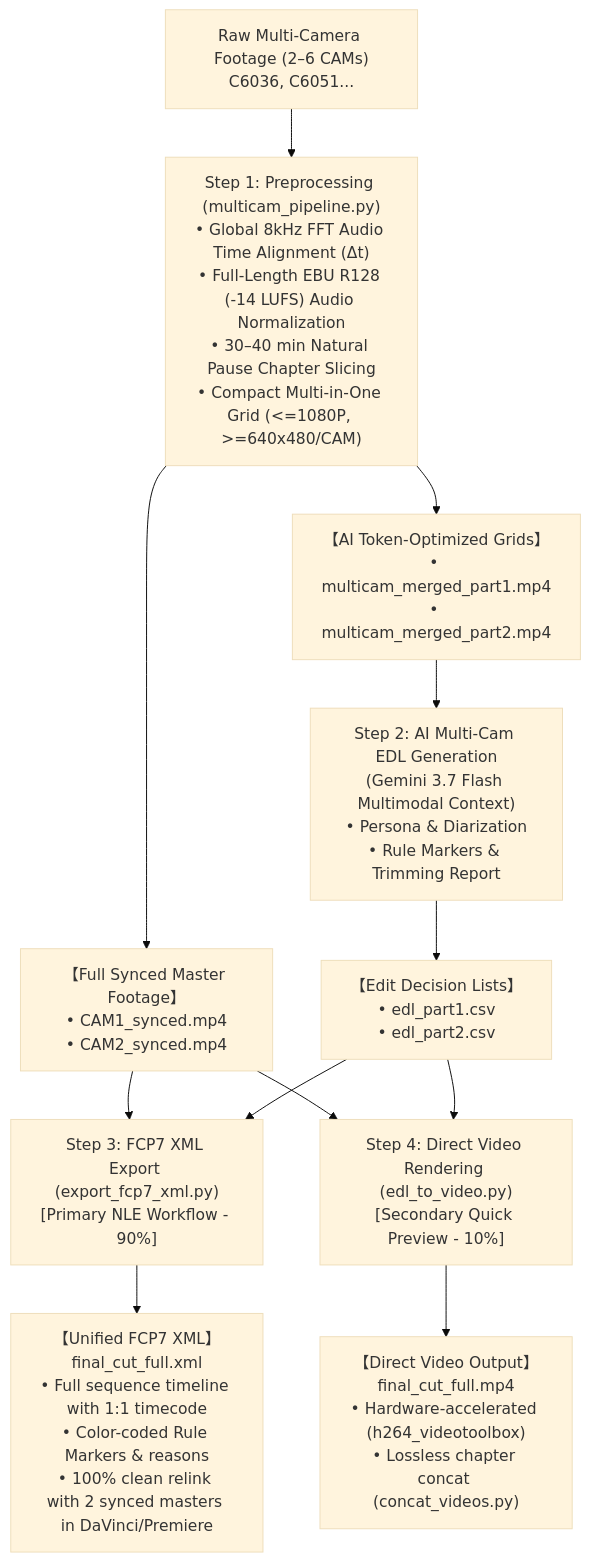
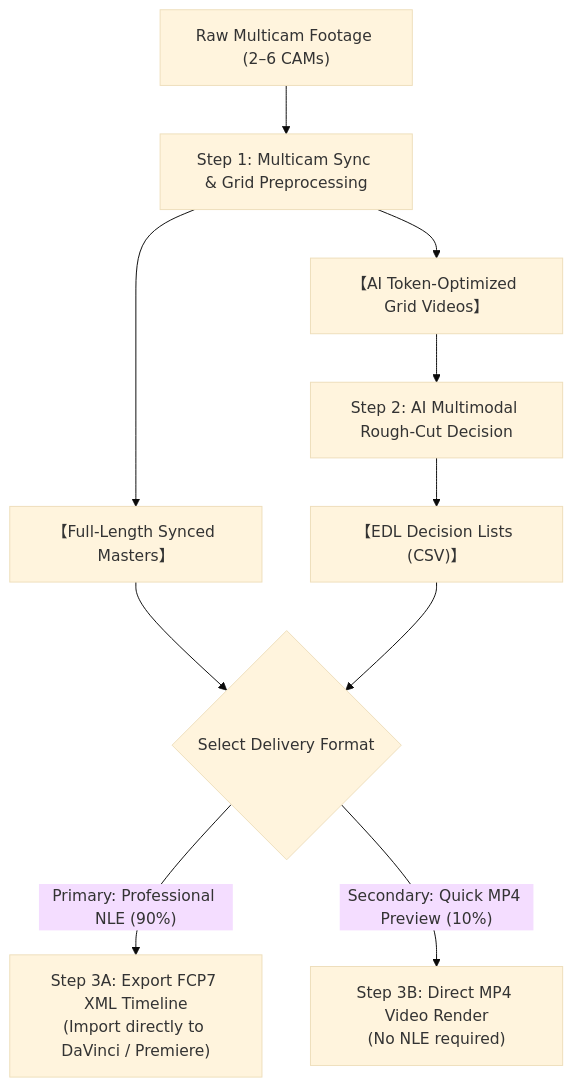
The diagram in README.md (sylphlin/multicam-video-preprocessing), drawn with Mermaid (base theme) before and after one commit. The commit also changed other lines of this file and 4 other files, not shown here.

Commit message:
docs: restructure READMEs with clean process flow, 2 prompt scenarios, and detailed step breakdowns

````diff
--- a/README.md
+++ b/README.md
@@ -46,19 +45,16 @@
 ```mermaid
 flowchart TD
-    A["Raw Multi-Camera Footage (2–6 CAMs)<br/>C6036, C6051..."] --> B["Step 1: Preprocessing (multicam_pipeline.py)<br/>• Global 8kHz FFT Audio Time Alignment (Δt)<br/>• Full-Length EBU R128 (-14 LUFS) Audio Normalization<br/>• 30–40 min Natural Pause Chapter Slicing<br/>• Compact Multi-in-One Grid (<=1080P, >=640x480/CAM)"]
+    A["Raw Multicam Footage (2–6 CAMs)"] --> B["Step 1: Multicam Sync & Grid Preprocessing"]
     
-    B --> C["【Full Synced Master Footage】<br/>• CAM1_synced.mp4<br/>• CAM2_synced.mp4"]
-    B --> D["【AI Token-Optimized Grids】<br/>• multicam_merged_part1.mp4<br/>• multicam_merged_part2.mp4"]
+    B --> C["【Full-Length Synced Masters】"]
+    B --> D["【AI Token-Optimized Grid Videos】"]
     
-    D --> E["Step 2: AI Multi-Cam EDL Generation<br/>(Gemini 3.7 Flash Multimodal Context)<br/>• Persona & Diarization<br/>• Rule Markers & Trimming Report"]
+    D --> E["Step 2: AI Multimodal Rough-Cut Decision"]
+    E --> F["【EDL Decision Lists (CSV)】"]
     
-    E --> F["【Edit Decision Lists】<br/>• edl_part1.csv<br/>• edl_part2.csv"]
+    C --> G{"Select Delivery Format"}
+    F --> G
     
-    C --> G["Step 3: FCP7 XML Export (export_fcp7_xml.py)<br/>[Primary NLE Workflow - 90%]"]
-    F --> G
-    G --> H["【Unified FCP7 XML】final_cut_full.xml<br/>• Full sequence timeline with 1:1 timecode<br/>• Color-coded Rule Markers & reasons<br/>• 100% clean relink with 2 synced masters in DaVinci/Premiere"]
-    
-    C --> I["Step 4: Direct Video Rendering (edl_to_video.py)<br/>[Secondary Quick Preview - 10%]"]
-    F --> I
-    I --> J["【Direct Video Output】final_cut_full.mp4<br/>• Hardware-accelerated (h264_videotoolbox)<br/>• Lossless chapter concat (concat_videos.py)"]
+    G -->|"Primary: Professional NLE (90%)"| H["Step 3A: Export FCP7 XML Timeline<br/>(Import directly to DaVinci / Premiere)"]
+    G -->|"Secondary: Quick MP4 Preview (10%)"| I["Step 3B: Direct MP4 Video Render<br/>(No NLE required)"]
 ```
````
